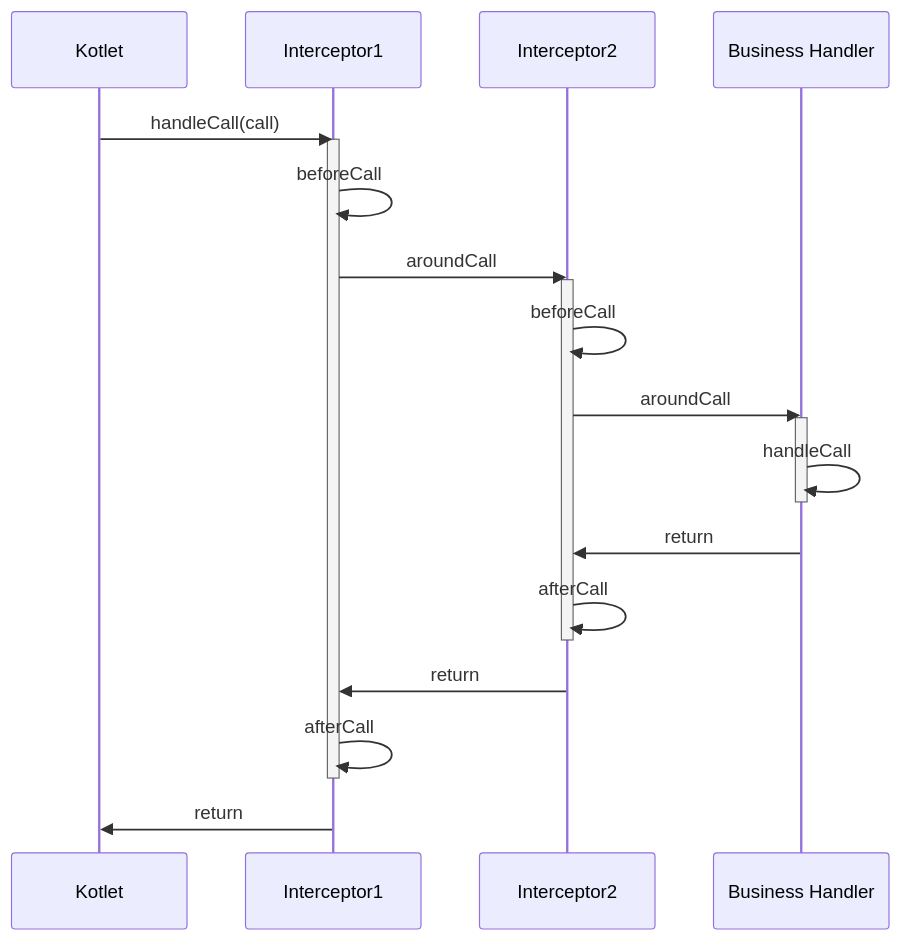
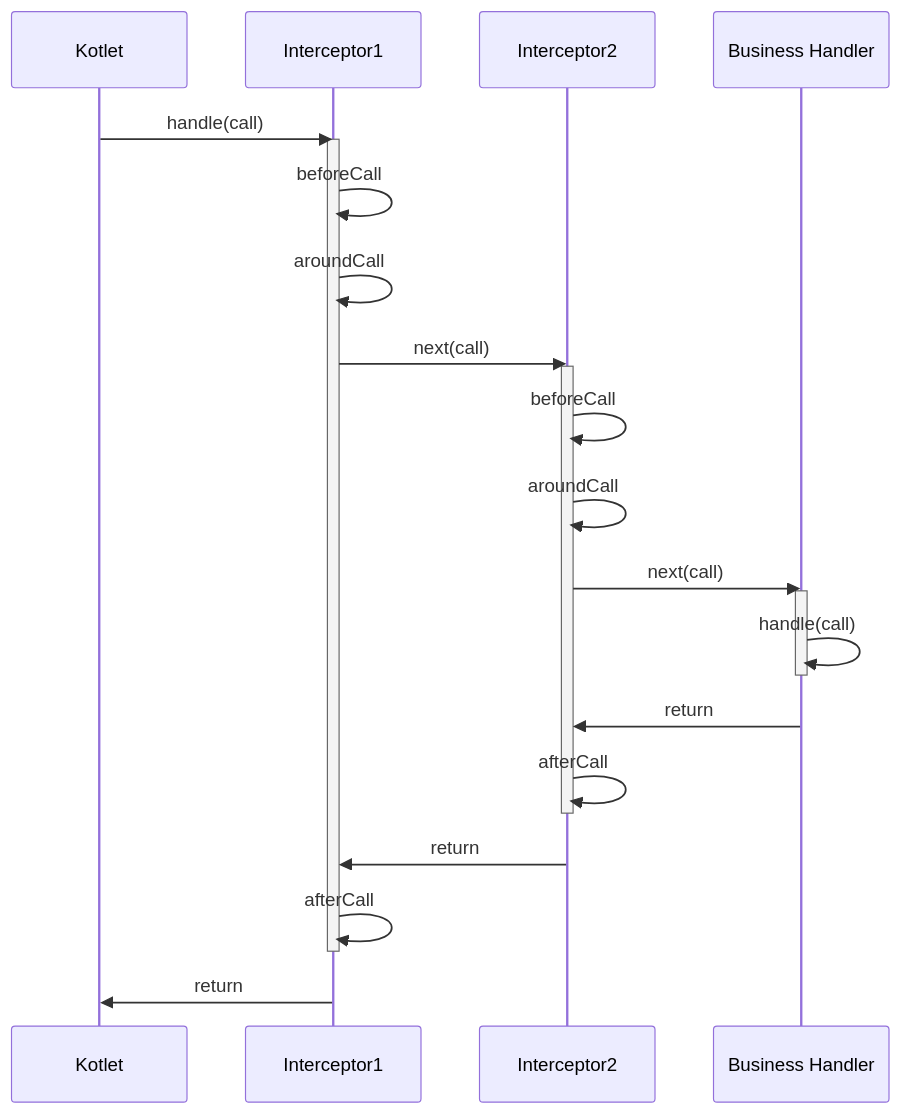
One commit to turchenkoalex/kotlet changed the first of 2 diagrams in README.md. Above: the diagram before and after it, drawn with Mermaid. The commit also changed 2 other files, not shown here.

Commit message:
Fix interceptor behaviour

````diff
--- a/README.md
+++ b/README.md
@@ -462,24 +462,26 @@
 ```mermaid
 sequenceDiagram
     participant Kotlet
     participant Interceptor1
     participant Interceptor2
     participant Handler as Business Handler
-    Kotlet ->> Interceptor1: handleCall(call)
+    Kotlet ->> Interceptor1: handle(call)
     activate Interceptor1
     Interceptor1 ->> Interceptor1: beforeCall
-    Interceptor1 ->> Interceptor2: aroundCall
+    Interceptor1 ->> Interceptor1: aroundCall
+    Interceptor1 ->> Interceptor2: next(call)
     activate Interceptor2
     Interceptor2 ->> Interceptor2: beforeCall
-    Interceptor2 ->> Handler: aroundCall
+    Interceptor2 ->> Interceptor2: aroundCall
+    Interceptor2 ->> Handler: next(call)
     activate Handler
-    Handler ->> Handler: handleCall
+    Handler ->> Handler: handle(call)
     deactivate Handler
     Handler ->> Interceptor2: return
     Interceptor2 ->> Interceptor2: afterCall
     deactivate Interceptor2
     Interceptor2 ->> Interceptor1: return
     Interceptor1 ->> Interceptor1: afterCall
     deactivate Interceptor1
     Interceptor1 ->> Kotlet: return
 ```
````
